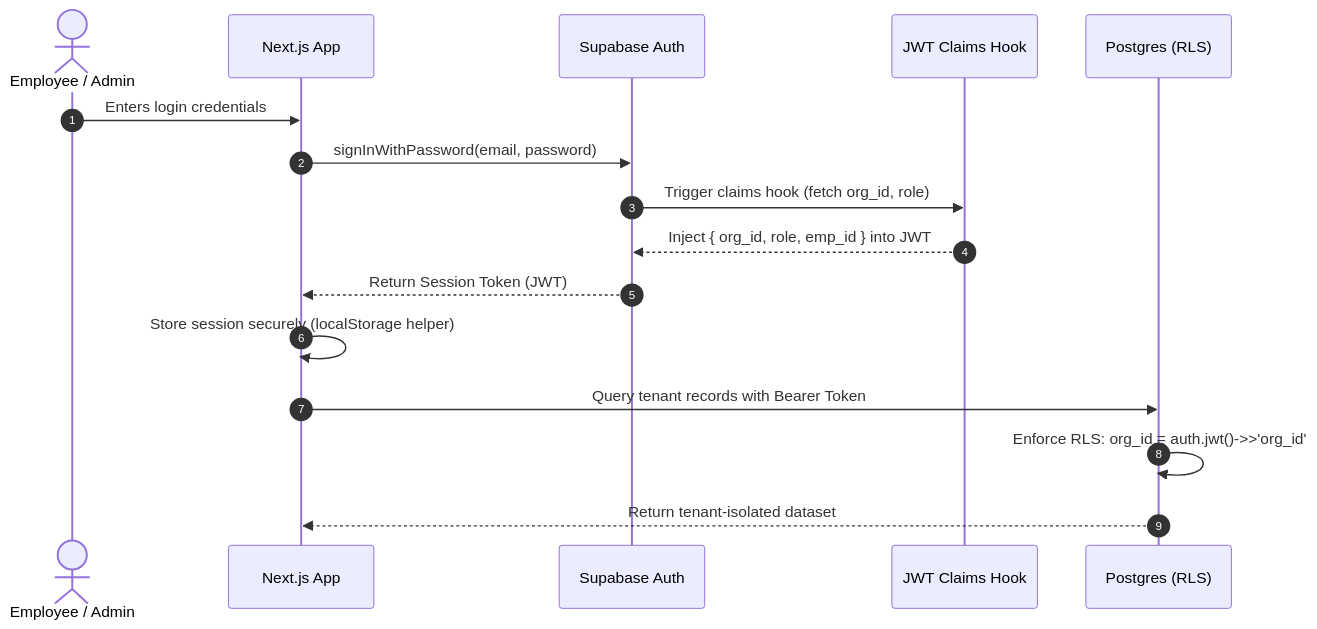
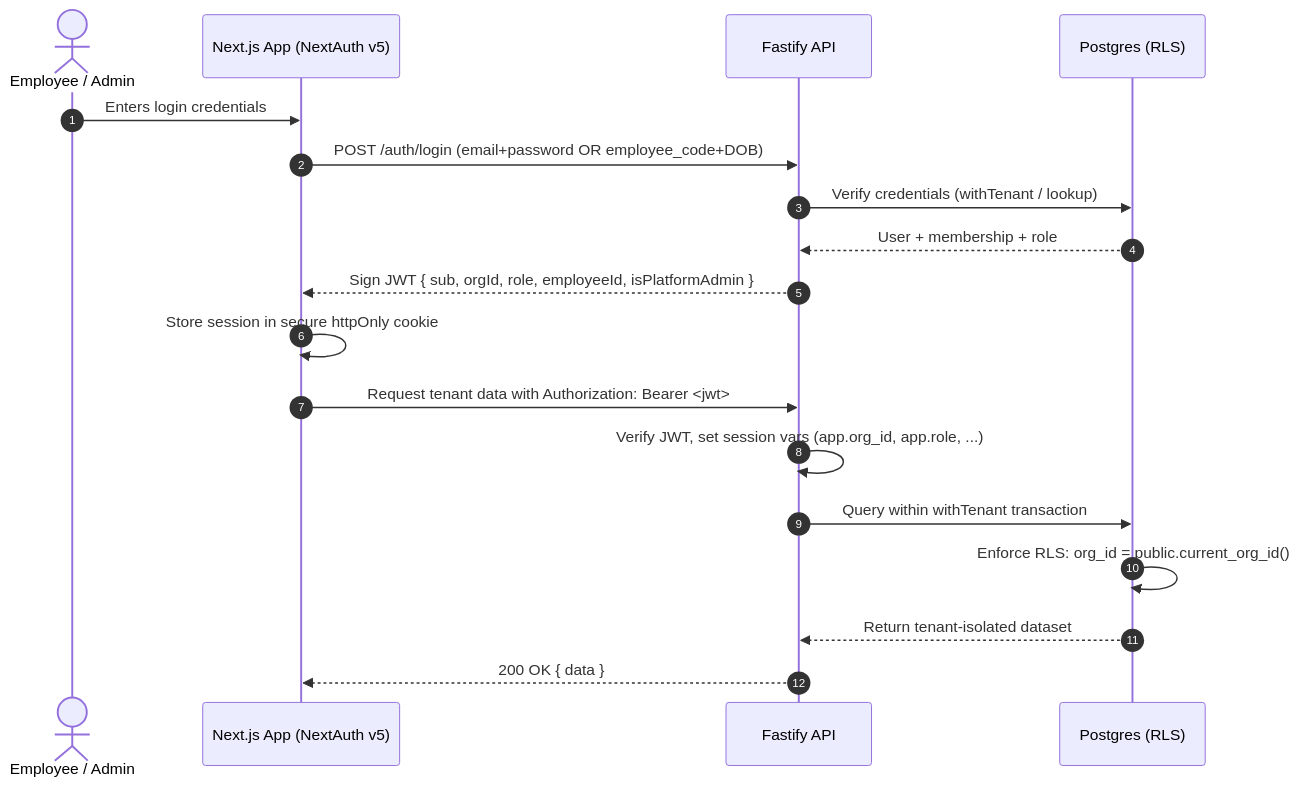
The first of 2 diagrams in docs/legacy-analysis/12-new-user-flows.md (sibi5161874/glix), drawn with Mermaid before and after one commit. The commit also changed other lines of this file and 91 other files, not shown here.

Commit message:
feat: bootstrap initial full-stack architecture with frontend ui components, backend auth, and database migrations

````diff
--- a/docs/legacy-analysis/12-new-user-flows.md
+++ b/docs/legacy-analysis/12-new-user-flows.md
@@ -9,19 +9,21 @@
 ```mermaid
 sequenceDiagram
     autonumber
     actor User as Employee / Admin
-    participant UI as Next.js App
-    participant Auth as Supabase Auth
-    participant Hook as JWT Claims Hook
+    participant UI as Next.js App (NextAuth v5)
+    participant API as Fastify API
     participant DB as Postgres (RLS)
 
     User->>UI: Enters login credentials
-    UI->>Auth: signInWithPassword(email, password)
-    Auth->>Hook: Trigger claims hook (fetch org_id, role)
-    Hook-->>Auth: Inject { org_id, role, emp_id } into JWT
-    Auth-->>UI: Return Session Token (JWT)
-    UI->>UI: Store session securely (localStorage helper)
-    UI->>DB: Query tenant records with Bearer Token
-    DB->>DB: Enforce RLS: org_id = auth.jwt()->>'org_id'
-    DB-->>UI: Return tenant-isolated dataset
+    UI->>API: POST /auth/login (email+password OR employee_code+DOB)
+    API->>DB: Verify credentials (withTenant / lookup)
+    DB-->>API: User + membership + role
+    API-->>UI: Sign JWT { sub, orgId, role, employeeId, isPlatformAdmin }
+    UI->>UI: Store session in secure httpOnly cookie
+    UI->>API: Request tenant data with Authorization: Bearer <jwt>
+    API->>API: Verify JWT, set session vars (app.org_id, app.role, ...)
+    API->>DB: Query within withTenant transaction
+    DB->>DB: Enforce RLS: org_id = public.current_org_id()
+    DB-->>API: Return tenant-isolated dataset
+    API-->>UI: 200 OK { data }
 ```
````
